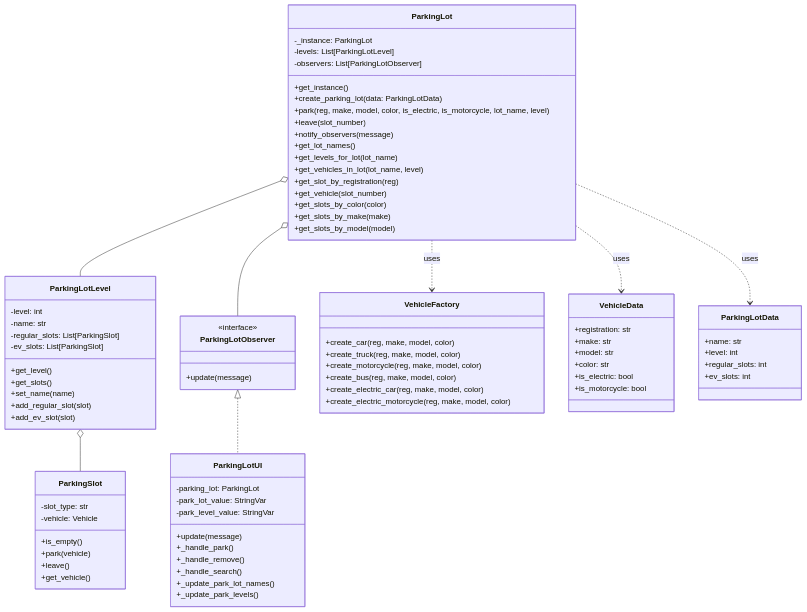
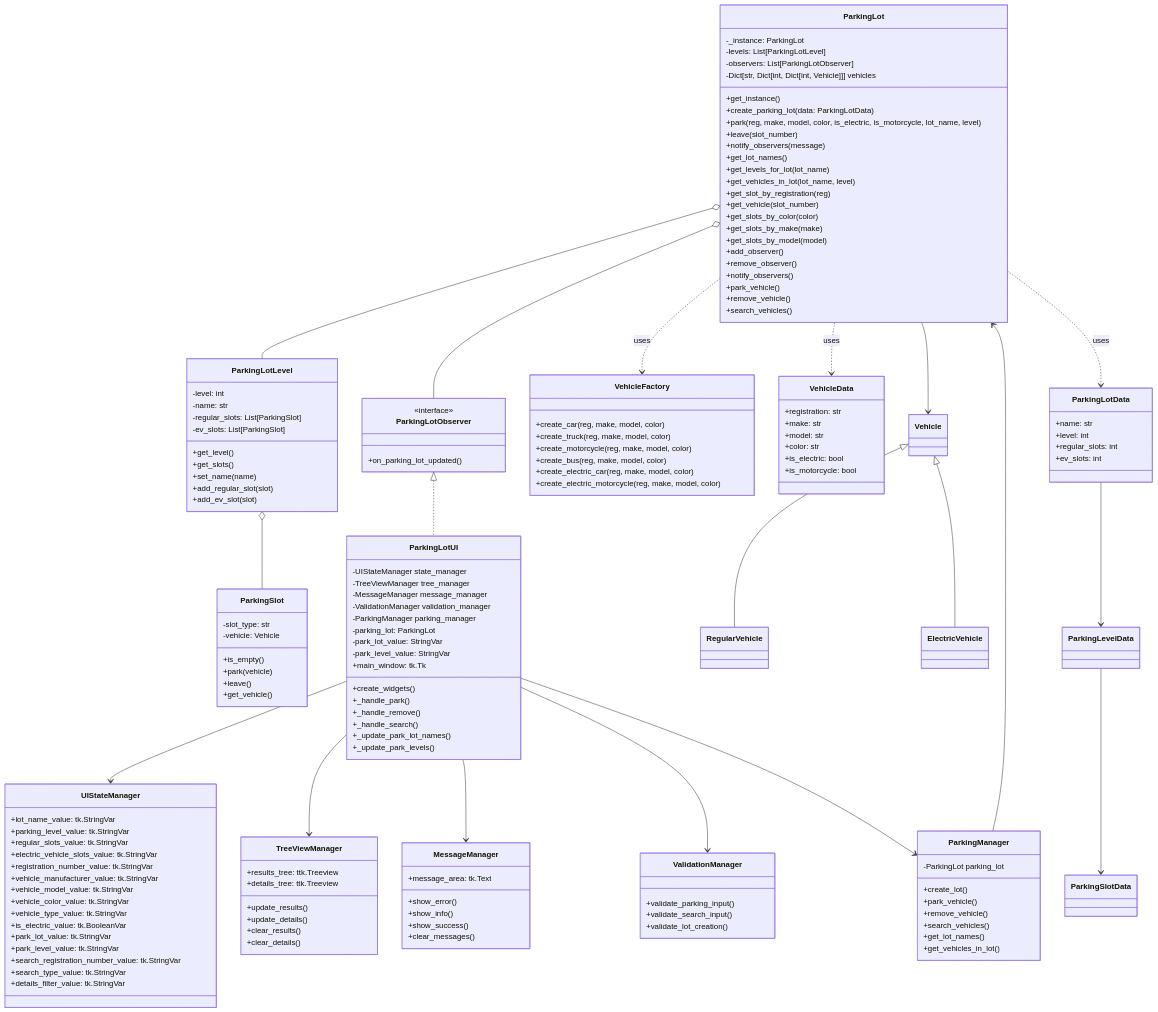
One commit to sethmcknight/quantic-msse-easy-park-plus changed the diagram in src/implemented-diagrams/uml-class-diagram.mmd. Above: the diagram before and after it, drawn with Mermaid. The commit also changed 4 other files, not shown here.

```diff
--- a/src/implemented-diagrams/uml-class-diagram.mmd
+++ b/src/implemented-diagrams/uml-class-diagram.mmd
@@ -1,97 +1,175 @@
 classDiagram
     %% Core Classes
     class ParkingLot {
         -_instance: ParkingLot
         -levels: List[ParkingLotLevel]
         -observers: List[ParkingLotObserver]
         +get_instance()
         +create_parking_lot(data: ParkingLotData)
         +park(reg, make, model, color, is_electric, is_motorcycle, lot_name, level)
         +leave(slot_number)
         +notify_observers(message)
         +get_lot_names()
         +get_levels_for_lot(lot_name)
         +get_vehicles_in_lot(lot_name, level)
         +get_slot_by_registration(reg)
         +get_vehicle(slot_number)
         +get_slots_by_color(color)
         +get_slots_by_make(make)
         +get_slots_by_model(model)
+        -Dict[str, Dict[int, Dict[int, Vehicle]]] vehicles
+        +add_observer()
+        +remove_observer()
+        +notify_observers()
+        +park_vehicle()
+        +remove_vehicle()
+        +search_vehicles()
     }
     
     class ParkingLotLevel {
         -level: int
         -name: str
         -regular_slots: List[ParkingSlot]
         -ev_slots: List[ParkingSlot]
         +get_level()
         +get_slots()
         +set_name(name)
         +add_regular_slot(slot)
         +add_ev_slot(slot)
     }
     
     class ParkingSlot {
         -slot_type: str
         -vehicle: Vehicle
         +is_empty()
         +park(vehicle)
         +leave()
         +get_vehicle()
     }
     
     %% Observer Pattern
     class ParkingLotObserver {
         <<interface>>
-        +update(message)
+        +on_parking_lot_updated()
     }
     
     class ParkingLotUI {
+        -UIStateManager state_manager
+        -TreeViewManager tree_manager
+        -MessageManager message_manager
+        -ValidationManager validation_manager
+        -ParkingManager parking_manager
         -parking_lot: ParkingLot
         -park_lot_value: StringVar
         -park_level_value: StringVar
-        +update(message)
+        +main_window: tk.Tk
+        +create_widgets()
         +_handle_park()
         +_handle_remove()
         +_handle_search()
         +_update_park_lot_names()
         +_update_park_levels()
+    }
+    
+    class UIStateManager {
+        +lot_name_value: tk.StringVar
+        +parking_level_value: tk.StringVar
+        +regular_slots_value: tk.StringVar
+        +electric_vehicle_slots_value: tk.StringVar
+        +registration_number_value: tk.StringVar
+        +vehicle_manufacturer_value: tk.StringVar
+        +vehicle_model_value: tk.StringVar
+        +vehicle_color_value: tk.StringVar
+        +vehicle_type_value: tk.StringVar
+        +is_electric_value: tk.BooleanVar
+        +park_lot_value: tk.StringVar
+        +park_level_value: tk.StringVar
+        +search_registration_number_value: tk.StringVar
+        +search_type_value: tk.StringVar
+        +details_filter_value: tk.StringVar
+    }
+    
+    class TreeViewManager {
+        +results_tree: ttk.Treeview
+        +details_tree: ttk.Treeview
+        +update_results()
+        +update_details()
+        +clear_results()
+        +clear_details()
+    }
+    
+    class MessageManager {
+        +message_area: tk.Text
+        +show_error()
+        +show_info()
+        +show_success()
+        +clear_messages()
+    }
+    
+    class ValidationManager {
+        +validate_parking_input()
+        +validate_search_input()
+        +validate_lot_creation()
+    }
+    
+    class ParkingManager {
+        -ParkingLot parking_lot
+        +create_lot()
+        +park_vehicle()
+        +remove_vehicle()
+        +search_vehicles()
+        +get_lot_names()
+        +get_vehicles_in_lot()
     }
     
     %% Factory Pattern
     class VehicleFactory {
         +create_car(reg, make, model, color)
         +create_truck(reg, make, model, color)
         +create_motorcycle(reg, make, model, color)
         +create_bus(reg, make, model, color)
         +create_electric_car(reg, make, model, color)
         +create_electric_motorcycle(reg, make, model, color)
     }
     
     %% Data Models
     class VehicleData {
         +registration: str
         +make: str
         +model: str
         +color: str
         +is_electric: bool
         +is_motorcycle: bool
     }
     
     class ParkingLotData {
         +name: str
         +level: int
         +regular_slots: int
         +ev_slots: int
     }
     
     %% Relationships
     ParkingLotObserver <|.. ParkingLotUI
     
     ParkingLot o-- ParkingLotLevel
     ParkingLot o-- ParkingLotObserver
     ParkingLotLevel o-- ParkingSlot
     
     ParkingLot ..> VehicleFactory : uses
     ParkingLot ..> VehicleData : uses
-    ParkingLot ..> ParkingLotData : uses 
+    ParkingLot ..> ParkingLotData : uses
+    
+    ParkingLotUI --> UIStateManager
+    ParkingLotUI --> TreeViewManager
+    ParkingLotUI --> MessageManager
+    ParkingLotUI --> ValidationManager
+    ParkingLotUI --> ParkingManager
+    ParkingManager --> ParkingLot
+    ParkingLot --> Vehicle
+    
+    Vehicle <|-- RegularVehicle
+    Vehicle <|-- ElectricVehicle
+    
+    ParkingLotData --> ParkingLevelData
+    ParkingLevelData --> ParkingSlotData 
```
